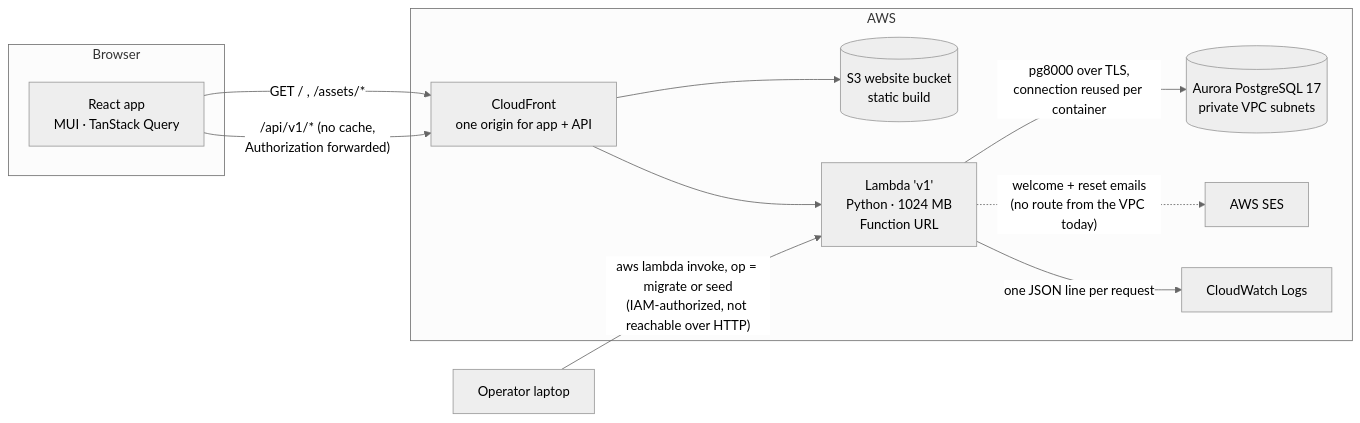
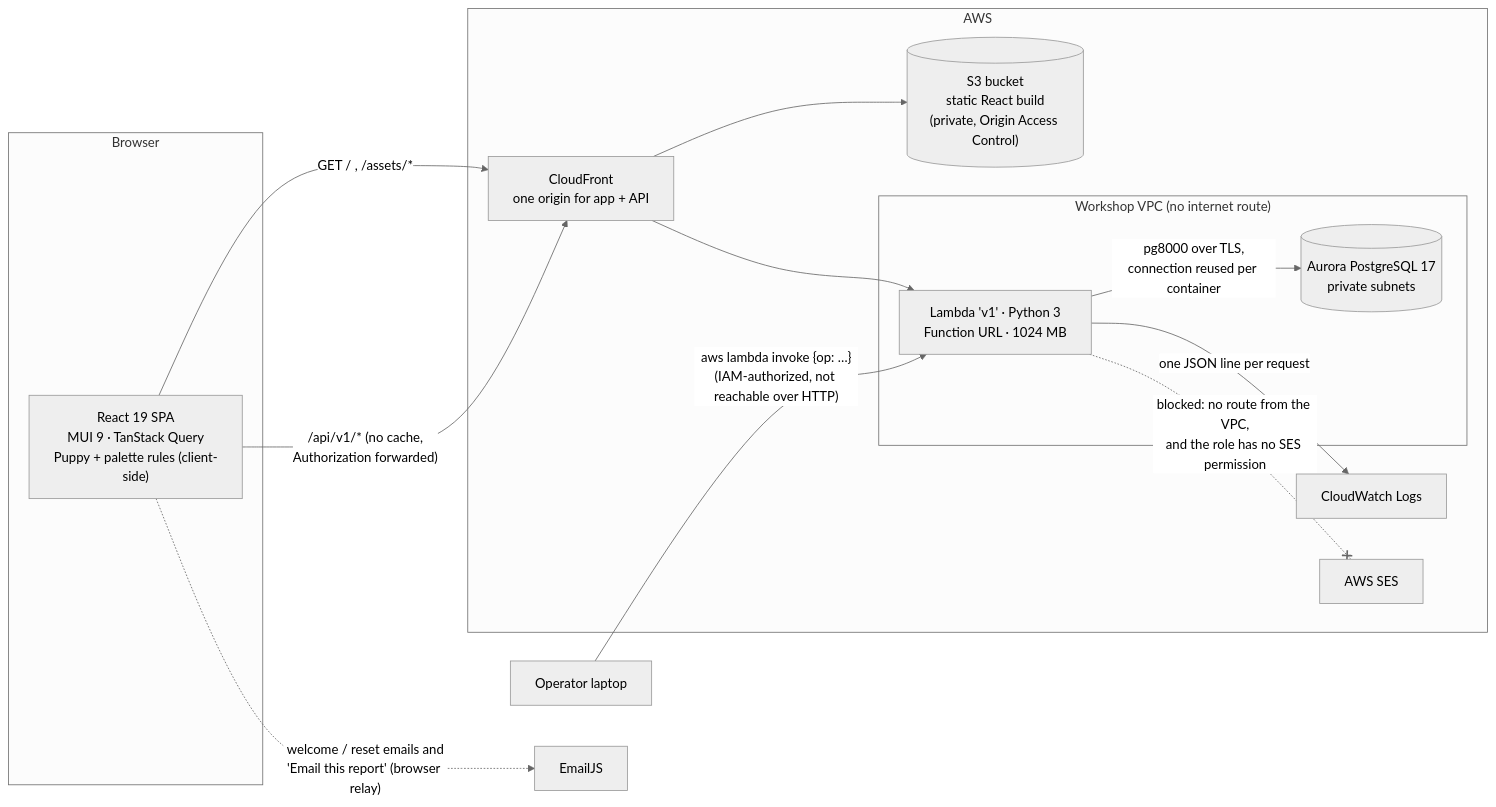
One commit to RootMoataz/citi-overwatch changed the first of 5 diagrams in docs/project/ARCHITECTURE.md. Above: the diagram before and after it, drawn with Mermaid (neutral theme). The commit also changed other lines of this file, not shown here.

Commit message:
ARCHITECTURE: current components (CloudFront, S3, Lambda Function URL in the VPC, Aurora, EmailJS browser relay, SES blocked), feature modules, operator operations, security model with the executive and public demo guards, and the log-hours-to-HR and complete-and-route journeys

````diff
--- a/docs/project/ARCHITECTURE.md
+++ b/docs/project/ARCHITECTURE.md
@@ -5,20 +7,25 @@
 ```mermaid
 flowchart LR
   subgraph Browser
-    R[React app<br/>MUI · TanStack Query]
+    R["React 19 SPA<br/>MUI 9 · TanStack Query<br/>Puppy + palette rules (client-side)"]
   end
   subgraph AWS
-    CF[CloudFront<br/>one origin for app + API]
-    S3[(S3 website bucket<br/>static build)]
-    L["Lambda 'v1'<br/>Python · 1024 MB<br/>Function URL"]
-    A[(Aurora PostgreSQL 17<br/>private VPC subnets)]
+    CF["CloudFront<br/>one origin for app + API"]
+    S3[("S3 bucket<br/>static React build<br/>(private, Origin Access Control)")]
+    subgraph VPC["Workshop VPC (no internet route)"]
+      L["Lambda 'v1' · Python 3<br/>Function URL · 1024 MB"]
+      A[("Aurora PostgreSQL 17<br/>private subnets")]
+    end
+    CW[CloudWatch Logs]
     SES[AWS SES]
-    CW[CloudWatch Logs]
   end
+  EJ[EmailJS]
+  Op[Operator laptop]
   R -->|"GET / , /assets/*"| CF --> S3
   R -->|"/api/v1/* (no cache,<br/>Authorization forwarded)"| CF --> L
-  L -->|pg8000 over TLS,<br/>connection reused per container| A
-  L -.->|"welcome + reset emails<br/>(no route from the VPC today)"| SES
+  L -->|"pg8000 over TLS,<br/>connection reused per container"| A
   L -->|one JSON line per request| CW
-  Op[Operator laptop] -->|"aws lambda invoke, op = migrate or seed<br/>(IAM-authorized, not reachable over HTTP)"| L
+  L -.-x|"blocked: no route from the VPC,<br/>and the role has no SES permission"| SES
+  R -.->|"welcome / reset emails and<br/>'Email this report' (browser relay)"| EJ
+  Op -->|"aws lambda invoke {op: …}<br/>(IAM-authorized, not reachable over HTTP)"| L
 ```
````
